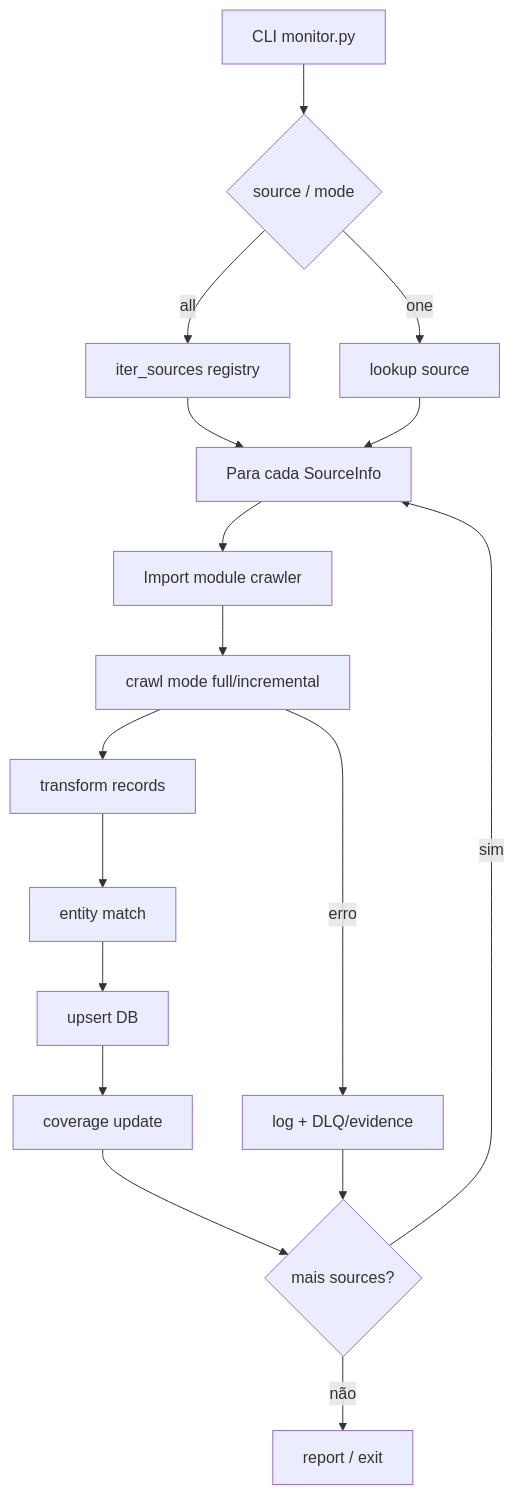
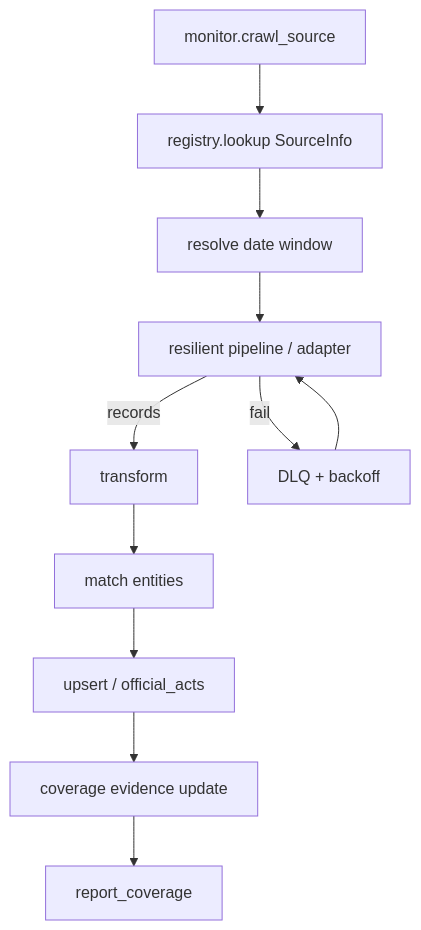
The diagram in _reversa_sdd/flowcharts/crawl.md (tjsasakifln/extra-cli), drawn with Mermaid before and after one commit. The commit also changed other lines of this file and 41 other files, not shown here.

````diff
--- a/_reversa_sdd/flowcharts/crawl.md
+++ b/_reversa_sdd/flowcharts/crawl.md
@@ -7,19 +5,13 @@
 ```mermaid
 flowchart TD
-    A[CLI monitor.py] --> B{source / mode}
-    B -->|all| C[iter_sources registry]
-    B -->|one| D[lookup source]
-    C --> E[Para cada SourceInfo]
-    D --> E
-    E --> F[Import module crawler]
-    F --> G[crawl mode full/incremental]
-    G --> H[transform records]
-    H --> I[entity match]
-    I --> J[upsert DB]
-    J --> K[coverage update]
-    K --> L{mais sources?}
-    L -->|sim| E
-    L -->|não| M[report / exit]
-    G -->|erro| N[log + DLQ/evidence]
-    N --> L
+  A[monitor.crawl_source] --> B[registry.lookup SourceInfo]
+  B --> C[resolve date window]
+  C --> D[resilient pipeline / adapter]
+  D -->|records| E[transform]
+  E --> F[match entities]
+  F --> G[upsert / official_acts]
+  G --> H[coverage evidence update]
+  D -->|fail| I[DLQ + backoff]
+  I --> D
+  H --> J[report_coverage]
 ```
````
